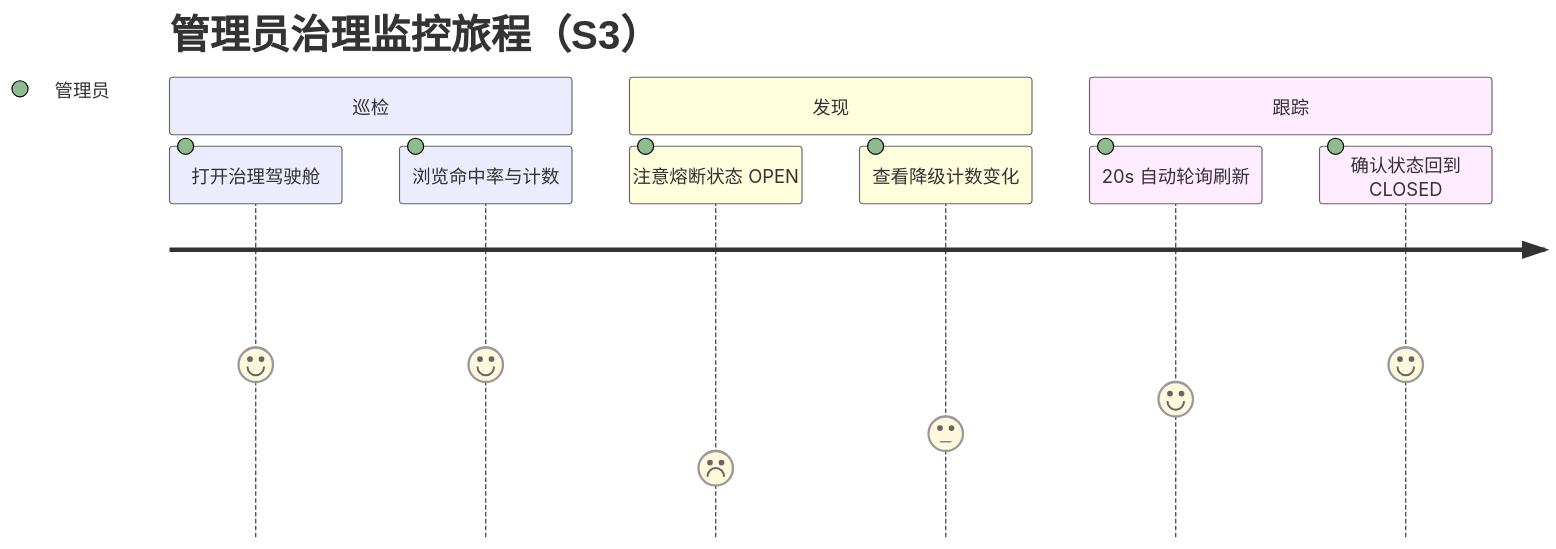
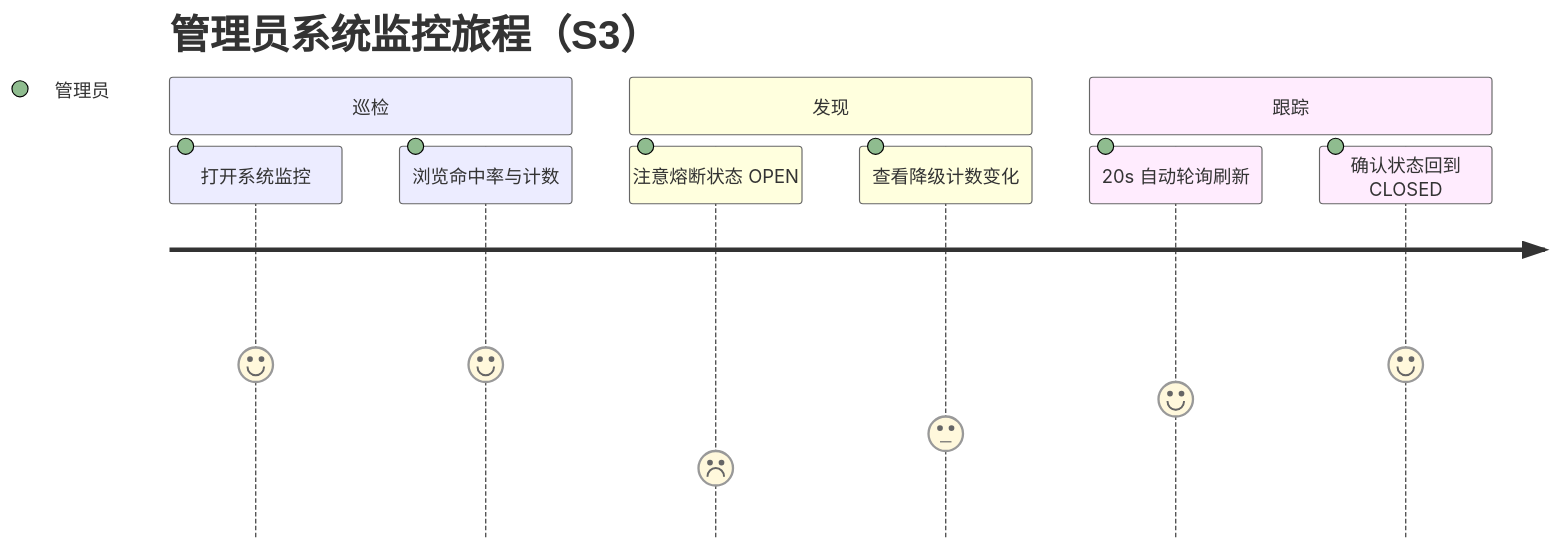
Before and after one commit to ZhanJHE/hercules-platform: the fifth of 7 diagrams in 开发文档/设计说明.md, drawn with Mermaid. The commit also changed other lines of this file and 11 other files, not shown here.

````diff
--- a/开发文档/设计说明.md
+++ b/开发文档/设计说明.md
@@ -310,13 +310,13 @@
 ```mermaid
 journey
-    title 管理员治理监控旅程（S3）
+    title 管理员系统监控旅程（S3）
     section 巡检
-      打开治理驾驶舱: 5: 管理员
+      打开系统监控: 5: 管理员
       浏览命中率与计数: 5: 管理员
     section 发现
       注意熔断状态 OPEN: 2: 管理员
       查看降级计数变化: 3: 管理员
     section 跟踪
       20s 自动轮询刷新: 4: 管理员
       确认状态回到 CLOSED: 5: 管理员
 ```
````
